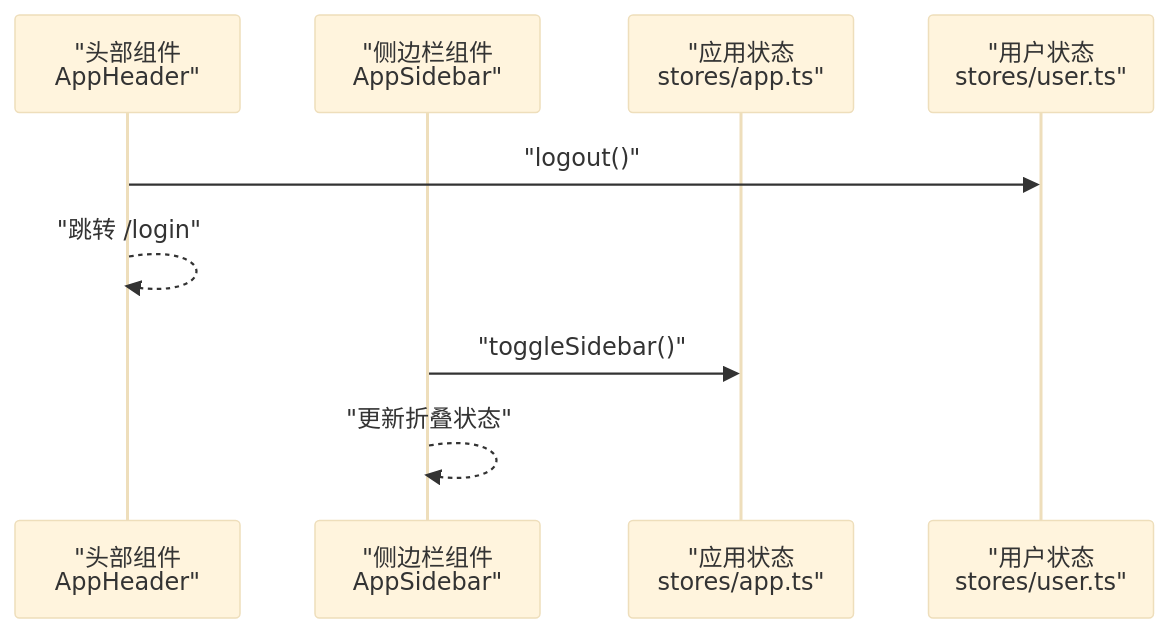
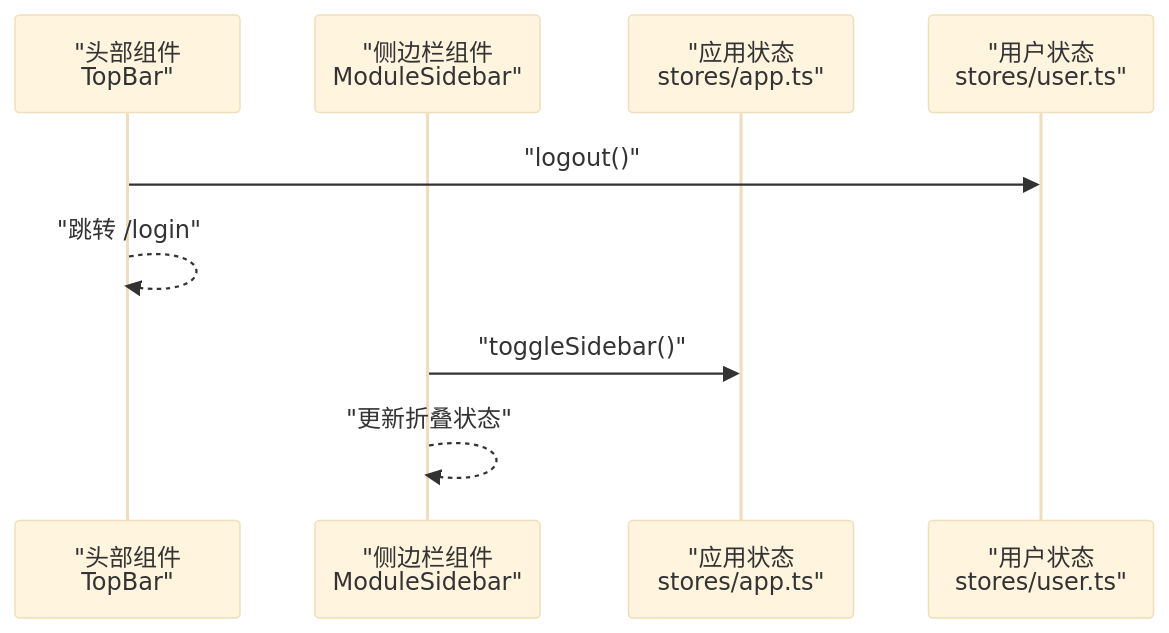
Before and after one commit to War-Blood/WX_APP_OA: the sixth of 7 diagrams in .AI/Wiki/Web 管理后台/状态管理.md, drawn with Mermaid (base theme). The commit also changed other lines of this file and 107 other files, not shown here.

````diff
--- a/.AI/Wiki/Web 管理后台/状态管理.md
+++ b/.AI/Wiki/Web 管理后台/状态管理.md
@@ -244,11 +244,11 @@
 ```mermaid
 sequenceDiagram
-participant Header as "头部组件<br/>AppHeader"
-participant Sidebar as "侧边栏组件<br/>AppSidebar"
+participant Header as "头部组件<br/>TopBar"
+participant Sidebar as "侧边栏组件<br/>ModuleSidebar"
 participant AppStore as "应用状态<br/>stores/app.ts"
 participant UserStore as "用户状态<br/>stores/user.ts"
 Header->>UserStore : "logout()"
 Header-->>Header : "跳转 /login"
 Sidebar->>AppStore : "toggleSidebar()"
 Sidebar-->>Sidebar : "更新折叠状态"
 ```
````
